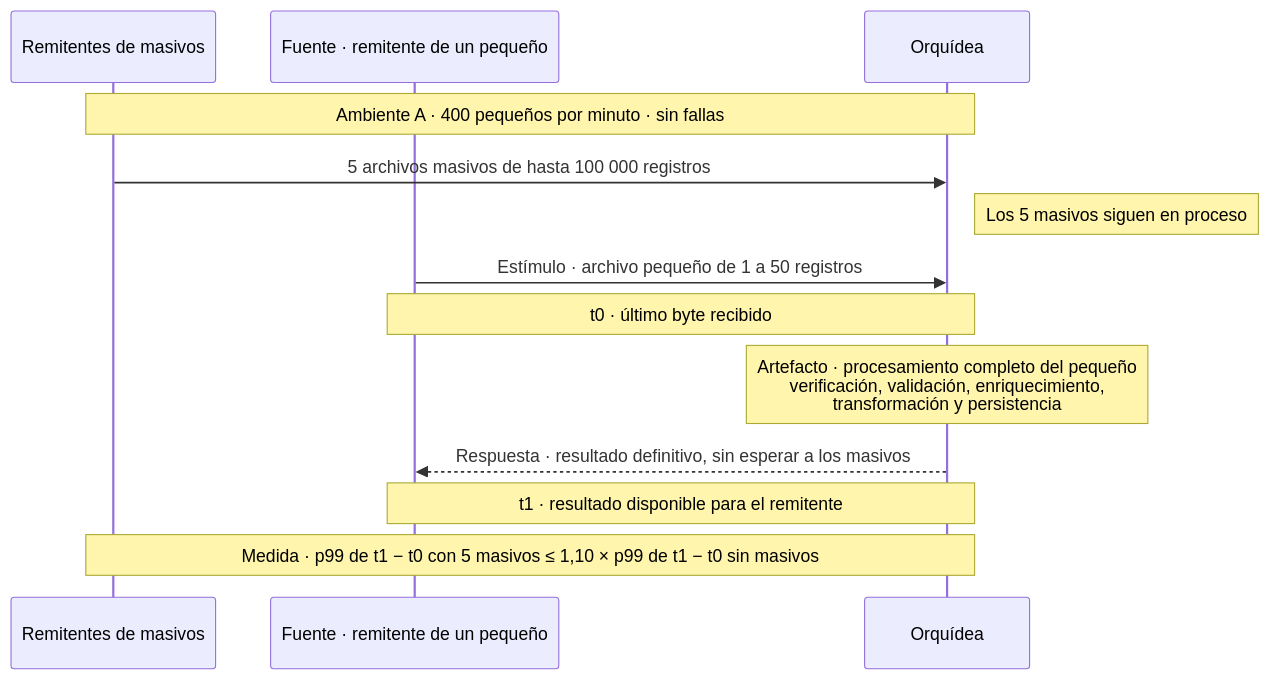
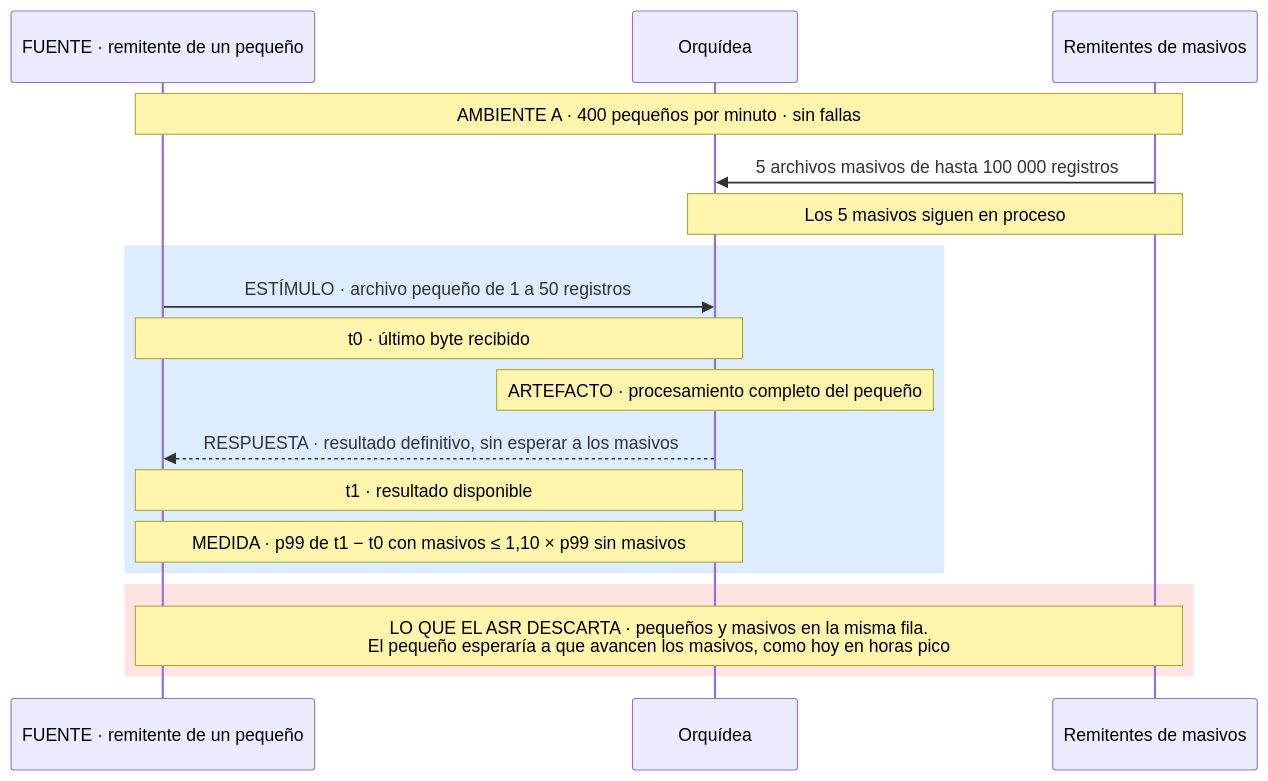
The first of 17 diagrams in docs/quality-attributes.md (MATI-MBIT/arqsoft-reto-4), drawn with Mermaid before and after one commit. The commit also changed other lines of this file, not shown here.

Commit message:
Rediseña los diagramas de los ASR: banda de lo medido y banda de lo que el ASR descarta

````diff
--- a/docs/quality-attributes.md
+++ b/docs/quality-attributes.md
@@ -150,15 +150,20 @@
 ```mermaid
 sequenceDiagram
+    participant P as FUENTE · remitente de un pequeño
+    participant O as Orquídea
     participant M as Remitentes de masivos
-    participant P as Fuente · remitente de un pequeño
-    participant O as Orquídea
-    Note over M,O: Ambiente A · 400 pequeños por minuto · sin fallas
+    Note over P,M: AMBIENTE A · 400 pequeños por minuto · sin fallas
     M->>O: 5 archivos masivos de hasta 100 000 registros
-    Note right of O: Los 5 masivos siguen en proceso
-    P->>O: Estímulo · archivo pequeño de 1 a 50 registros
+    Note over O,M: Los 5 masivos siguen en proceso
+    rect rgb(222, 236, 255)
+    P->>O: ESTÍMULO · archivo pequeño de 1 a 50 registros
     Note over P,O: t0 · último byte recibido
-    Note over O: Artefacto · procesamiento completo del pequeño<br/>verificación, validación, enriquecimiento,<br/>transformación y persistencia
-    O-->>P: Respuesta · resultado definitivo, sin esperar a los masivos
-    Note over P,O: t1 · resultado disponible para el remitente
-    Note over M,O: Medida · p99 de t1 − t0 con 5 masivos ≤ 1,10 × p99 de t1 − t0 sin masivos
+    Note over O: ARTEFACTO · procesamiento completo del pequeño
+    O-->>P: RESPUESTA · resultado definitivo, sin esperar a los masivos
+    Note over P,O: t1 · resultado disponible
+    Note over P,O: MEDIDA · p99 de t1 − t0 con masivos ≤ 1,10 × p99 sin masivos
+    end
+    rect rgb(255, 228, 225)
+    Note over P,M: LO QUE EL ASR DESCARTA · pequeños y masivos en la misma fila.<br/>El pequeño esperaría a que avancen los masivos, como hoy en horas pico
+    end
 ```
````
